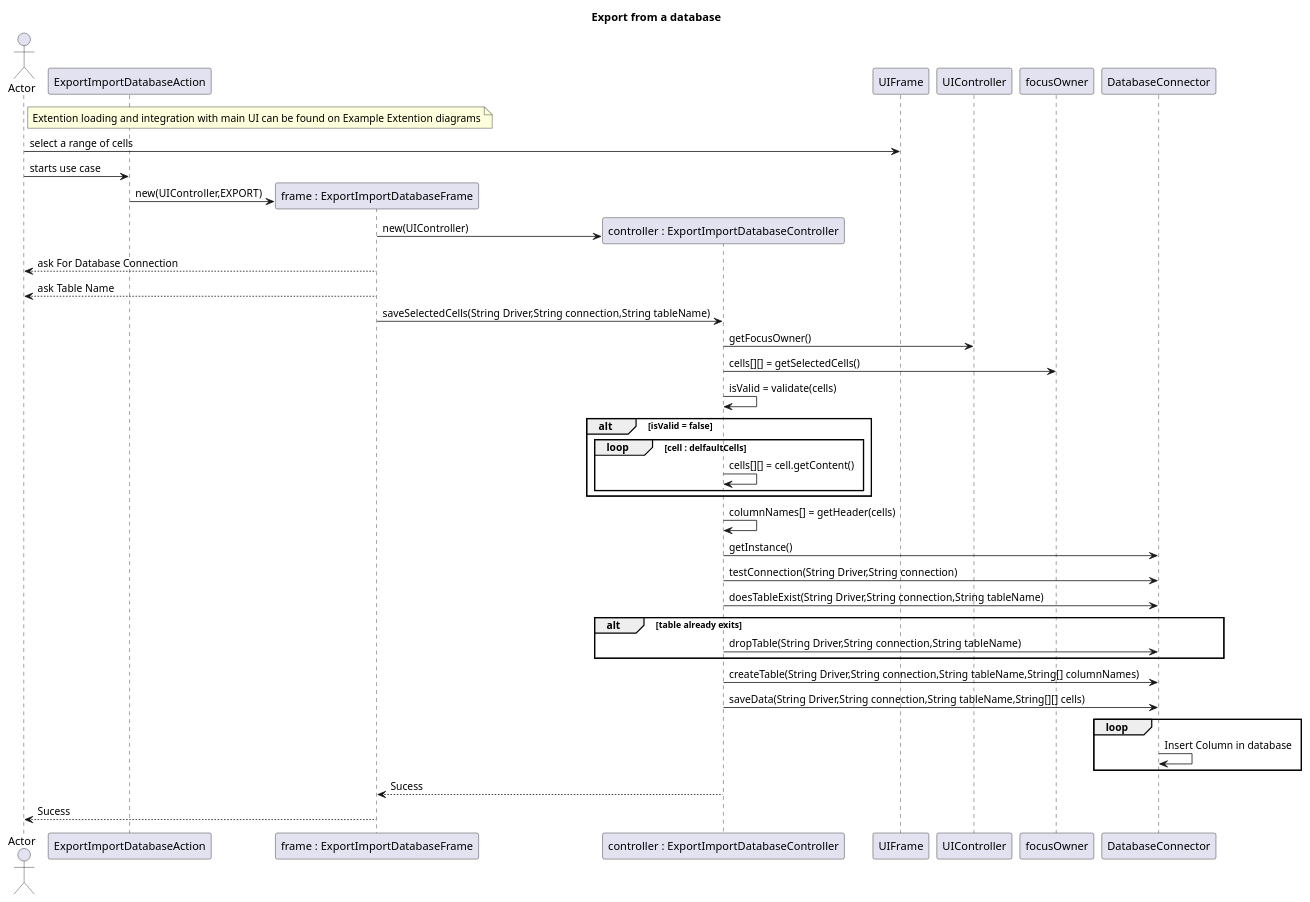
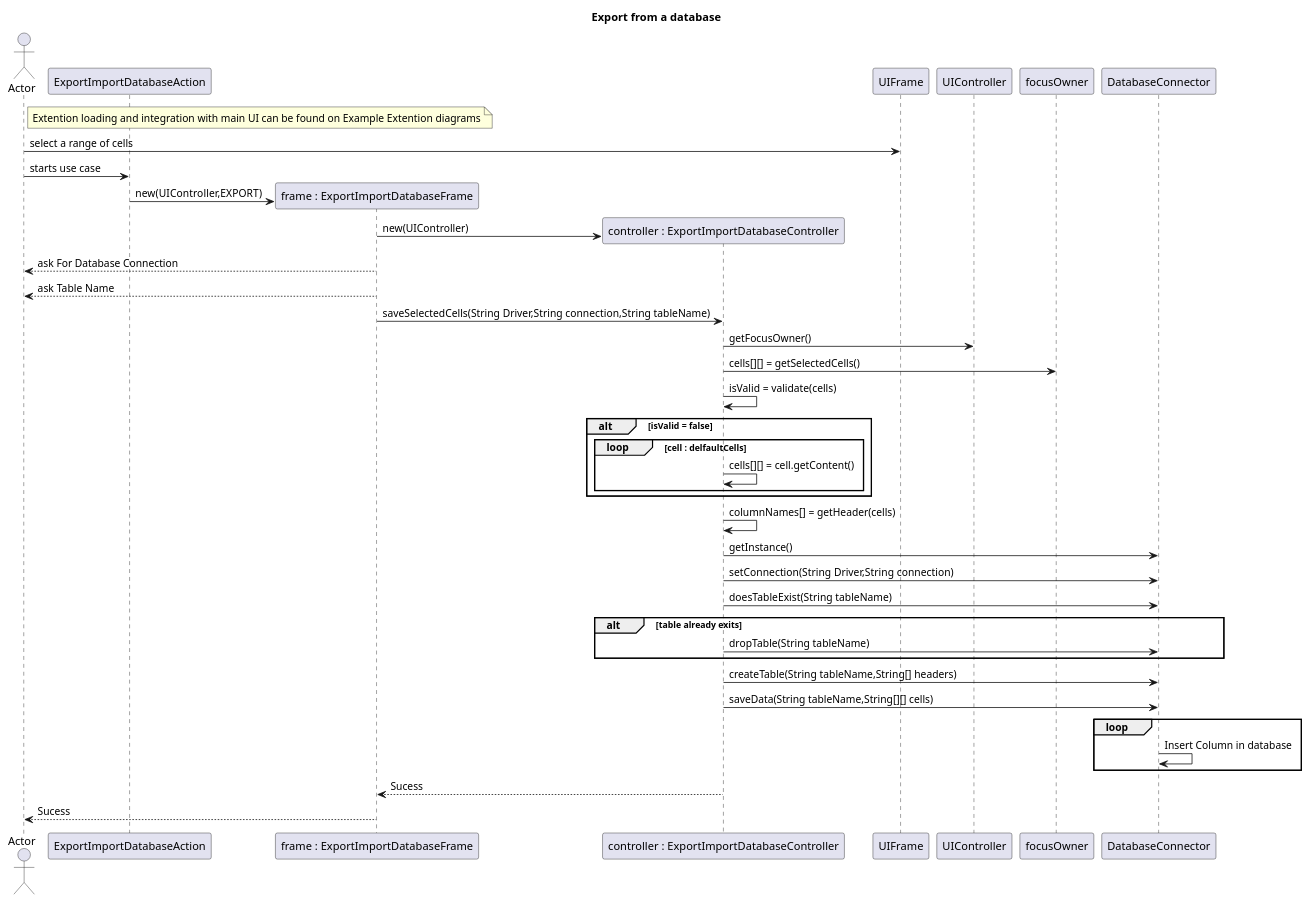
One commit to RubenTeixeira/cleansheets_isep_2dg_2016 changed the diagram in src/main/java/csheets/worklog/n1140280/sprint4/design_IPC_4_3_Export.puml. Above: the diagram before and after it, drawn with PlantUML. The commit also changed 1 other file, not shown here.

```diff
--- a/src/main/java/csheets/worklog/n1140280/sprint4/design_IPC_4_3_Export.puml
+++ b/src/main/java/csheets/worklog/n1140280/sprint4/design_IPC_4_3_Export.puml
@@ -1,44 +1,44 @@
 @startuml doc-files/design_IPC_4_3_Export.png
 title Export from a database
 actor Actor
 
   participant "ExportImportDatabaseAction" as Action
   participant "frame : ExportImportDatabaseFrame" as Frame
   participant "controller : ExportImportDatabaseController" as Controller
 
   note right of Actor
         Extention loading and integration with main UI can be found on Example Extention diagrams
   end note
 
   Actor-> UIFrame : select a range of cells
   Actor -> Action : starts use case
   create Frame
   Action -> Frame : new(UIController,EXPORT)
   create Controller
   Frame -> Controller : new(UIController)
   Frame --> Actor : ask For Database Connection
   Frame --> Actor : ask Table Name
   Frame -> Controller : saveSelectedCells(String Driver,String connection,String tableName)
   Controller -> UIController : getFocusOwner()
   Controller -> focusOwner : cells[][] = getSelectedCells()
   Controller -> Controller : isValid = validate(cells)
   alt isValid = false
      loop cell : delfaultCells
         Controller -> Controller :cells[][] = cell.getContent()
      end
   end
   Controller -> Controller : columnNames[] = getHeader(cells)
   Controller -> DatabaseConnector : getInstance()
-  Controller -> DatabaseConnector : testConnection(String Driver,String connection)
-  Controller -> DatabaseConnector : doesTableExist(String Driver,String connection,String tableName)
+  Controller -> DatabaseConnector : setConnection(String Driver,String connection)
+  Controller -> DatabaseConnector : doesTableExist(String tableName)
   alt table already exits
-  Controller -> DatabaseConnector : dropTable(String Driver,String connection,String tableName)
+  Controller -> DatabaseConnector : dropTable(String tableName)
   end
-  Controller -> DatabaseConnector : createTable(String Driver,String connection,String tableName,String[] columnNames)
-  Controller -> DatabaseConnector : saveData(String Driver,String connection,String tableName,String[][] cells)
+  Controller -> DatabaseConnector : createTable(String tableName,String[] headers)
+  Controller -> DatabaseConnector : saveData(String tableName,String[][] cells)
   loop
     DatabaseConnector -> DatabaseConnector : Insert Column in database
   end
   Controller --> Frame : Sucess
   Frame --> Actor: Sucess
 @enduml
```
